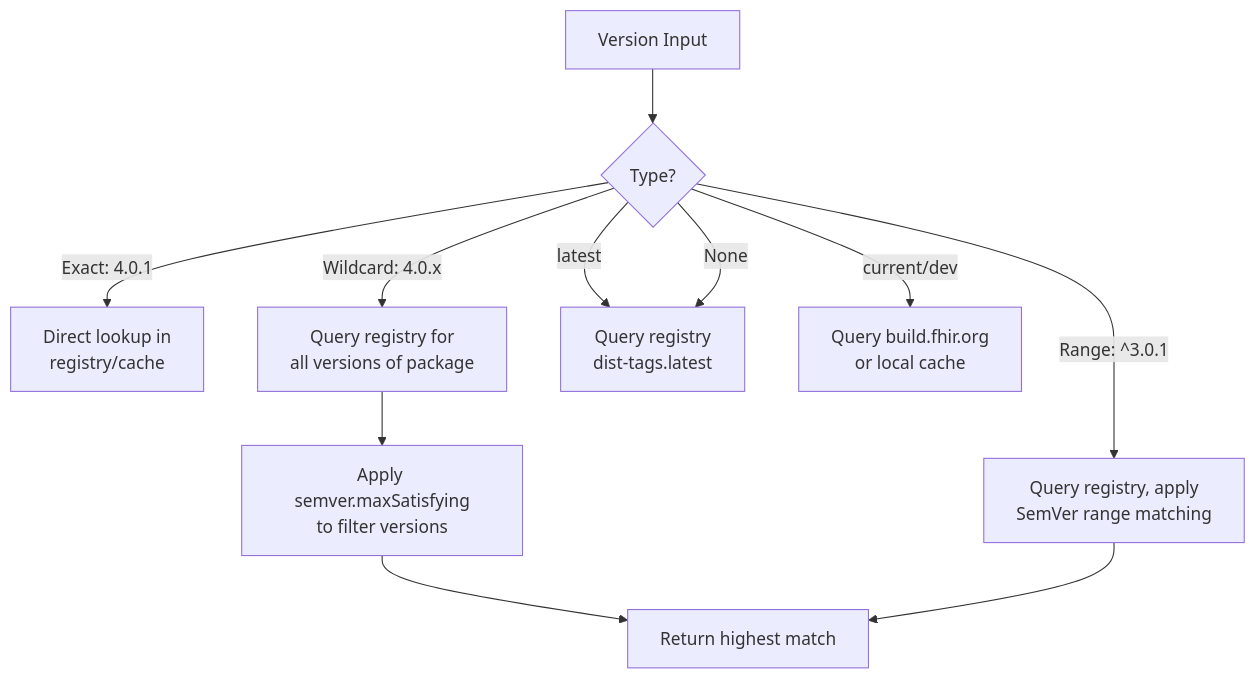
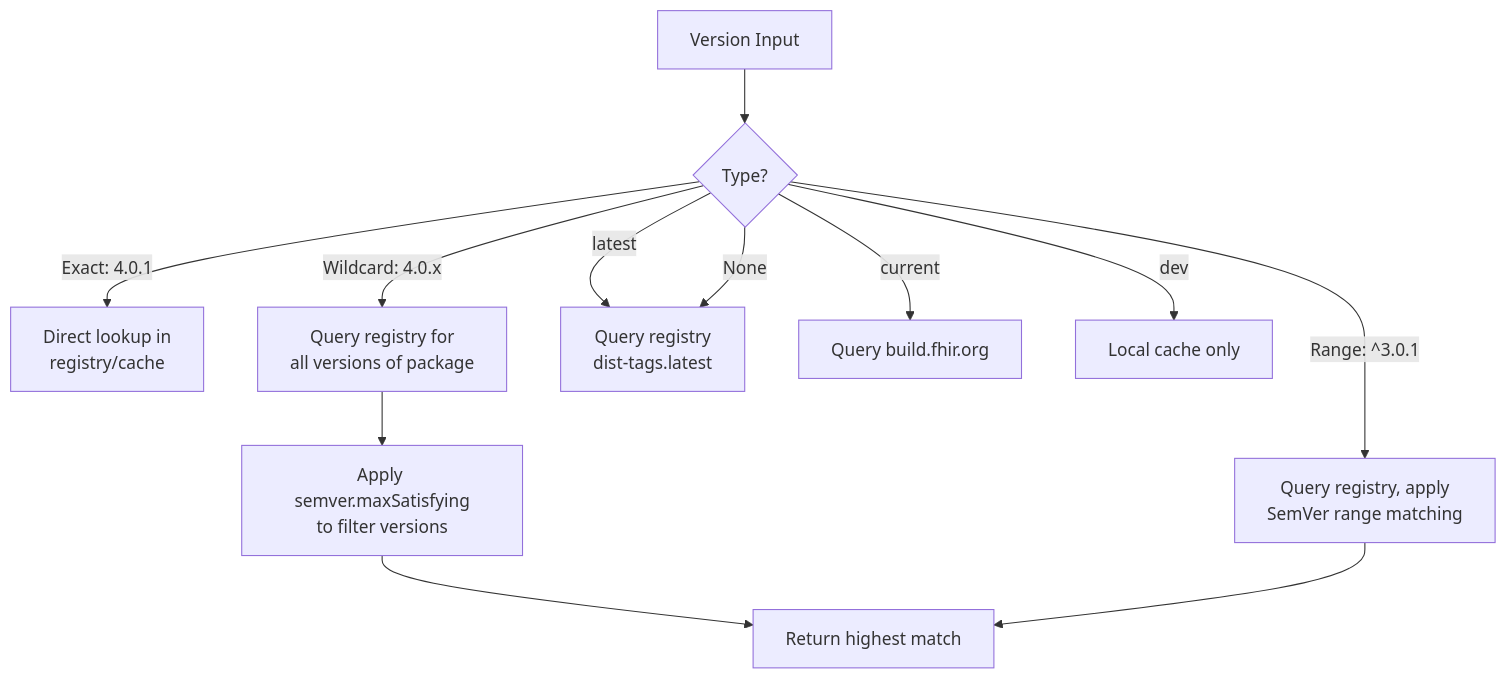
One commit to GinoCanessa/dotnet-fhir-packages changed the diagram in reference/versioning.md. Above: the diagram before and after it, drawn with Mermaid. The commit also changed other lines of this file and 3 other files, not shown here.

````diff
--- a/reference/versioning.md
+++ b/reference/versioning.md
@@ -160,13 +159,14 @@
 ```mermaid
 flowchart TD
     A[Version Input] --> B{Type?}
     B -->|Exact: 4.0.1| C[Direct lookup in<br/>registry/cache]
     B -->|Wildcard: 4.0.x| D[Query registry for<br/>all versions of package]
     B -->|latest| E[Query registry<br/>dist-tags.latest]
-    B -->|current/dev| F[Query build.fhir.org<br/>or local cache]
+    B -->|current| F[Query build.fhir.org]
+    B -->|dev| Fd[Local cache only]
     B -->|Range: ^3.0.1| G[Query registry, apply<br/>SemVer range matching]
     B -->|None| E
     D --> H[Apply semver.maxSatisfying<br/>to filter versions]
     H --> I[Return highest match]
     G --> I
 ```
````
